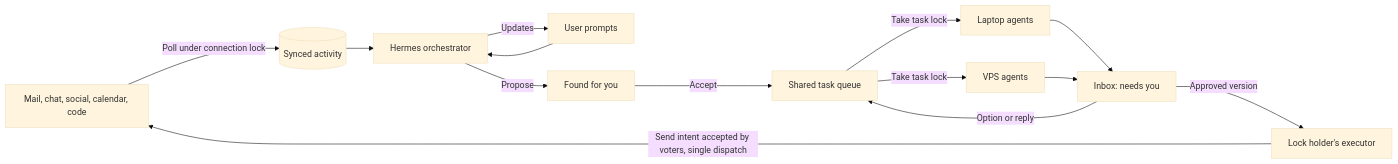
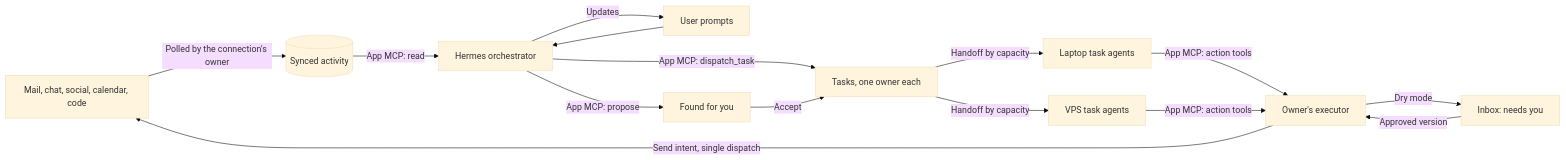
The second of 2 diagrams in docs/README.md (Dodecahedr0x/me-myself-ai), drawn with Mermaid (base theme) before and after one commit. The commit also changed other lines of this file and 7 other files, not shown here.

Commit message:
docs: shared agent setup, app MCP server, Hermes dispatch and ownership protocol

````diff
--- a/docs/README.md
+++ b/docs/README.md
@@ -59,16 +59,17 @@
 ```mermaid
 flowchart LR
-    Sources["Mail, chat, social, calendar, code"] -->|Poll under connection lock| Activity[(Synced activity)]
-    Activity --> Hermes[Hermes orchestrator]
+    Sources["Mail, chat, social, calendar, code"] -->|Polled by the connection's owner| Activity[(Synced activity)]
+    Activity -->|App MCP: read| Hermes[Hermes orchestrator]
     User[User prompts] --> Hermes
     Hermes -->|Updates| User
-    Hermes -->|Propose| Found[Found for you]
-    Found -->|Accept| Queue[Shared task queue]
-    Queue -->|Take task lock| Laptop[Laptop agents]
-    Queue -->|Take task lock| VPS[VPS agents]
-    Laptop --> Inbox[Inbox: needs you]
-    VPS --> Inbox
-    Inbox -->|Option or reply| Queue
-    Inbox -->|Approved version| Executor[Lock holder's executor]
-    Executor -->|Send intent accepted by voters, single dispatch| Sources
+    Hermes -->|App MCP: dispatch_task| Tasks[Tasks, one owner each]
+    Hermes -->|App MCP: propose| Found[Found for you]
+    Found -->|Accept| Tasks
+    Tasks -->|Handoff by capacity| Laptop[Laptop task agents]
+    Tasks -->|Handoff by capacity| VPS[VPS task agents]
+    Laptop -->|App MCP: action tools| Executor[Owner's executor]
+    VPS -->|App MCP: action tools| Executor
+    Executor -->|Dry mode| Inbox[Inbox: needs you]
+    Inbox -->|Approved version| Executor
+    Executor -->|Send intent, single dispatch| Sources
 ```
````
